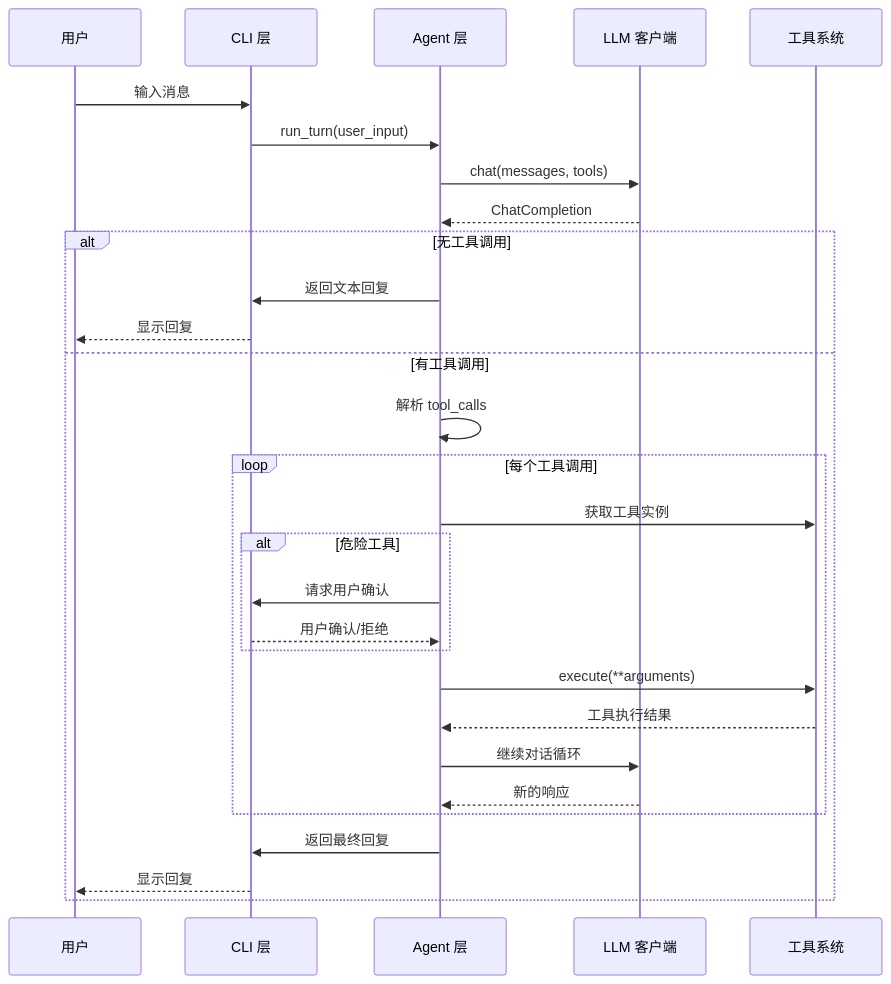
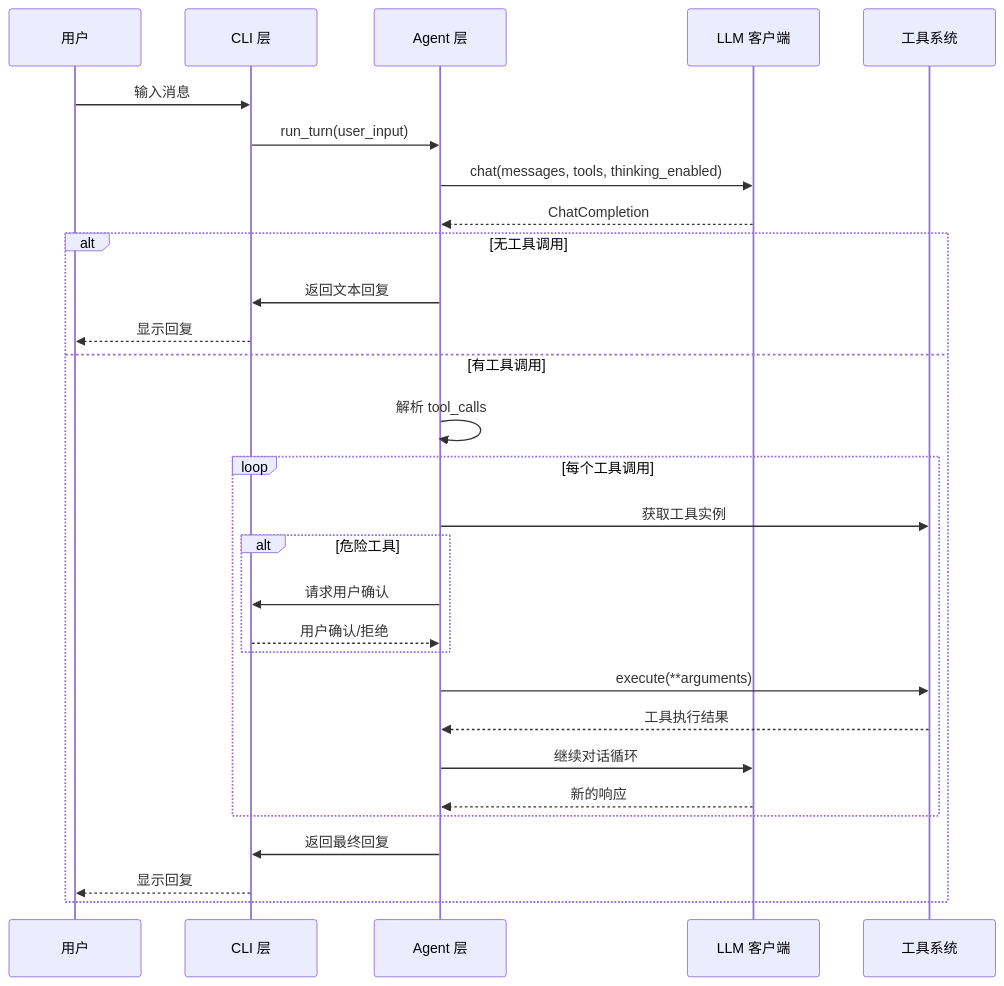
One commit to 250shiwo/MySmallAgent changed the fifth of 9 diagrams in .qoder/repowiki/zh/content/项目概述.md. Above: the diagram before and after it, drawn with Mermaid. The commit also changed other lines of this file and 41 other files, not shown here.

````diff
--- a/.qoder/repowiki/zh/content/项目概述.md
+++ b/.qoder/repowiki/zh/content/项目概述.md
@@ -225,31 +261,31 @@
 ```mermaid
 sequenceDiagram
 participant User as 用户
 participant CLI as CLI 层
 participant Agent as Agent 层
 participant LLM as LLM 客户端
 participant Tools as 工具系统
 User->>CLI : 输入消息
 CLI->>Agent : run_turn(user_input)
-Agent->>LLM : chat(messages, tools)
+Agent->>LLM : chat(messages, tools, thinking_enabled)
 LLM-->>Agent : ChatCompletion
 alt 无工具调用
 Agent->>CLI : 返回文本回复
 CLI-->>User : 显示回复
 else 有工具调用
 Agent->>Agent : 解析 tool_calls
 loop 每个工具调用
 Agent->>Tools : 获取工具实例
 alt 危险工具
 Agent->>CLI : 请求用户确认
 CLI-->>Agent : 用户确认/拒绝
 end
 Agent->>Tools : execute(**arguments)
 Tools-->>Agent : 工具执行结果
 Agent->>LLM : 继续对话循环
 LLM-->>Agent : 新的响应
 end
 Agent->>CLI : 返回最终回复
 CLI-->>User : 显示回复
 end
 ```
````
